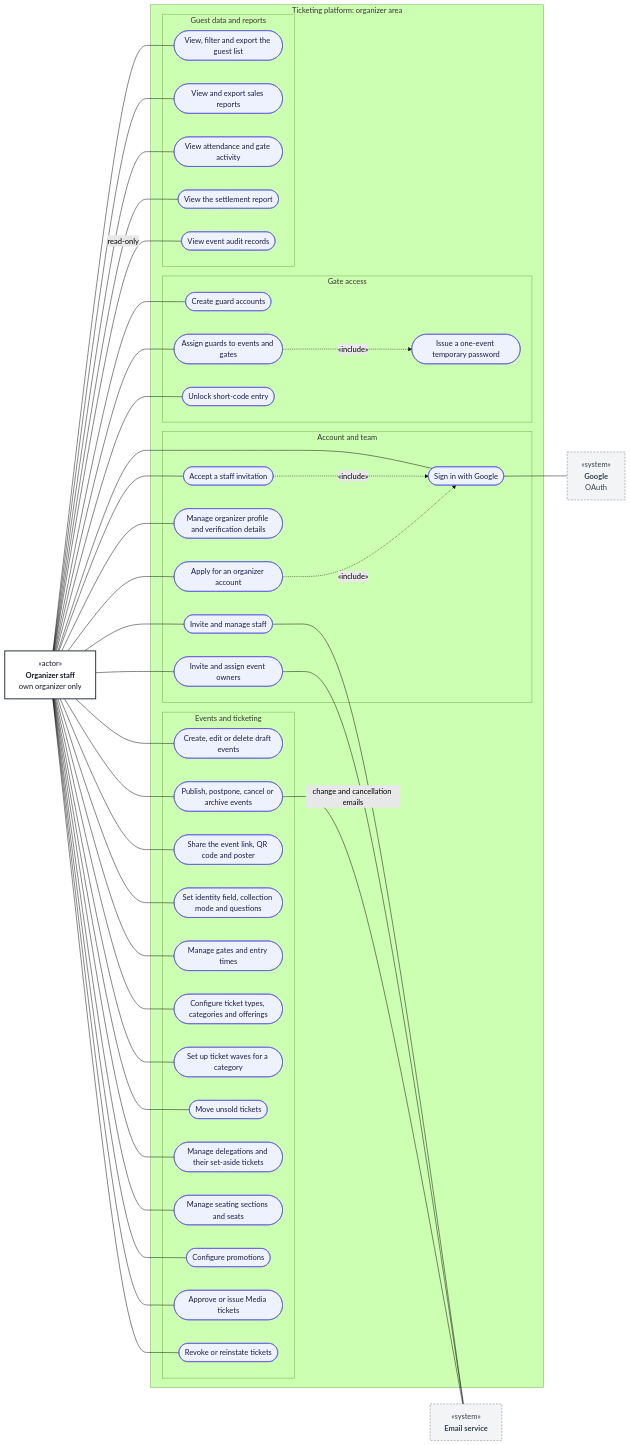
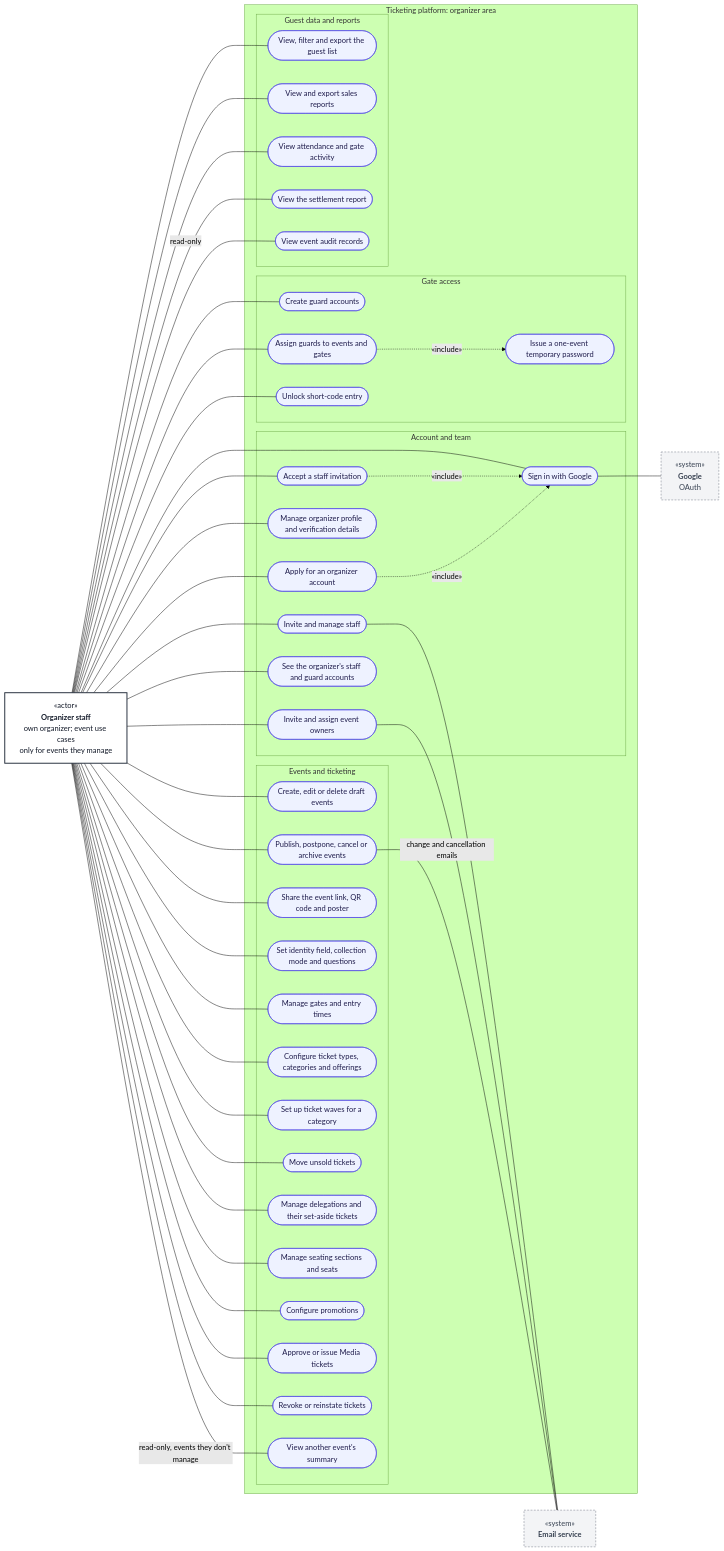
Before and after one commit to kreativesahara/ticket: the diagram in doc/diagrams/use-cases/02-organizer-staff.mmd, drawn with Mermaid (forest theme). The commit also changed 39 other files, not shown here.

Commit message:
feat: add documentation, system diagrams, and state machine specifications for roles, use cases, and architecture

```diff
--- a/doc/diagrams/use-cases/02-organizer-staff.mmd
+++ b/doc/diagrams/use-cases/02-organizer-staff.mmd
@@ -1,85 +1,89 @@
 flowchart LR
     classDef actor fill:#ffffff,stroke:#1f2937,stroke-width:2px,color:#111827
     classDef external fill:#f3f4f6,stroke:#6b7280,stroke-width:1px,stroke-dasharray:4 3,color:#374151
     classDef usecase fill:#eef2ff,stroke:#4f46e5,stroke-width:1px,color:#1e1b4b
 
-    Staff["«actor»<br/><b>Organizer staff</b><br/>own organizer only"]:::actor
+    Staff["«actor»<br/><b>Organizer staff</b><br/>own organizer; event use cases<br/>only for events they manage"]:::actor
 
     subgraph SYS["Ticketing platform: organizer area"]
         subgraph P1["Account and team"]
             S1(["Sign in with Google"]):::usecase
             S2(["Accept a staff invitation"]):::usecase
             S3(["Apply for an organizer account"]):::usecase
             S4(["Manage organizer profile and verification details"]):::usecase
             S5(["Invite and manage staff"]):::usecase
             S6(["Invite and assign event owners"]):::usecase
+            S7(["See the organizer's staff and guard accounts"]):::usecase
         end
         subgraph P2["Events and ticketing"]
             E1(["Create, edit or delete draft events"]):::usecase
             E2(["Publish, postpone, cancel or archive events"]):::usecase
             E11(["Share the event link, QR code and poster"]):::usecase
             E3(["Set identity field, collection mode and questions"]):::usecase
             E4(["Manage gates and entry times"]):::usecase
             E5(["Configure ticket types, categories and offerings"]):::usecase
             E12(["Set up ticket waves for a category"]):::usecase
             E13(["Move unsold tickets"]):::usecase
             E6(["Manage delegations and their set-aside tickets"]):::usecase
             E7(["Manage seating sections and seats"]):::usecase
             E8(["Configure promotions"]):::usecase
             E9(["Approve or issue Media tickets"]):::usecase
             E10(["Revoke or reinstate tickets"]):::usecase
+            E14(["View another event's summary"]):::usecase
         end
         subgraph P3["Gate access"]
             G1(["Create guard accounts"]):::usecase
             G2(["Assign guards to events and gates"]):::usecase
             G3(["Issue a one-event temporary password"]):::usecase
             G4(["Unlock short-code entry"]):::usecase
         end
         subgraph P4["Guest data and reports"]
             R1(["View, filter and export the guest list"]):::usecase
             R2(["View and export sales reports"]):::usecase
             R3(["View attendance and gate activity"]):::usecase
             R4(["View the settlement report"]):::usecase
             R5(["View event audit records"]):::usecase
         end
     end
 
     Google["«system»<br/><b>Google</b><br/>OAuth"]:::external
     Email["«system»<br/><b>Email service</b>"]:::external
 
     Staff --- S1
     Staff --- S2
     Staff --- S3
     Staff --- S4
     Staff --- S5
     Staff --- S6
+    Staff --- S7
     Staff --- E1
     Staff --- E2
     Staff --- E11
     Staff --- E3
     Staff --- E4
     Staff --- E5
     Staff --- E12
     Staff --- E13
     Staff --- E6
     Staff --- E7
     Staff --- E8
     Staff --- E9
     Staff --- E10
+    Staff ---|"read-only, events they don't manage"| E14
     Staff --- G1
     Staff --- G2
     Staff --- G4
     Staff --- R1
     Staff --- R2
     Staff --- R3
     Staff --- R4
     Staff ---|"read-only"| R5
 
     S2 -.->|"«include»"| S1
     S3 -.->|"«include»"| S1
     G2 -.->|"«include»"| G3
 
     S1 --- Google
     S5 --- Email
     S6 --- Email
     E2 ---|"change and cancellation emails"| Email
```
